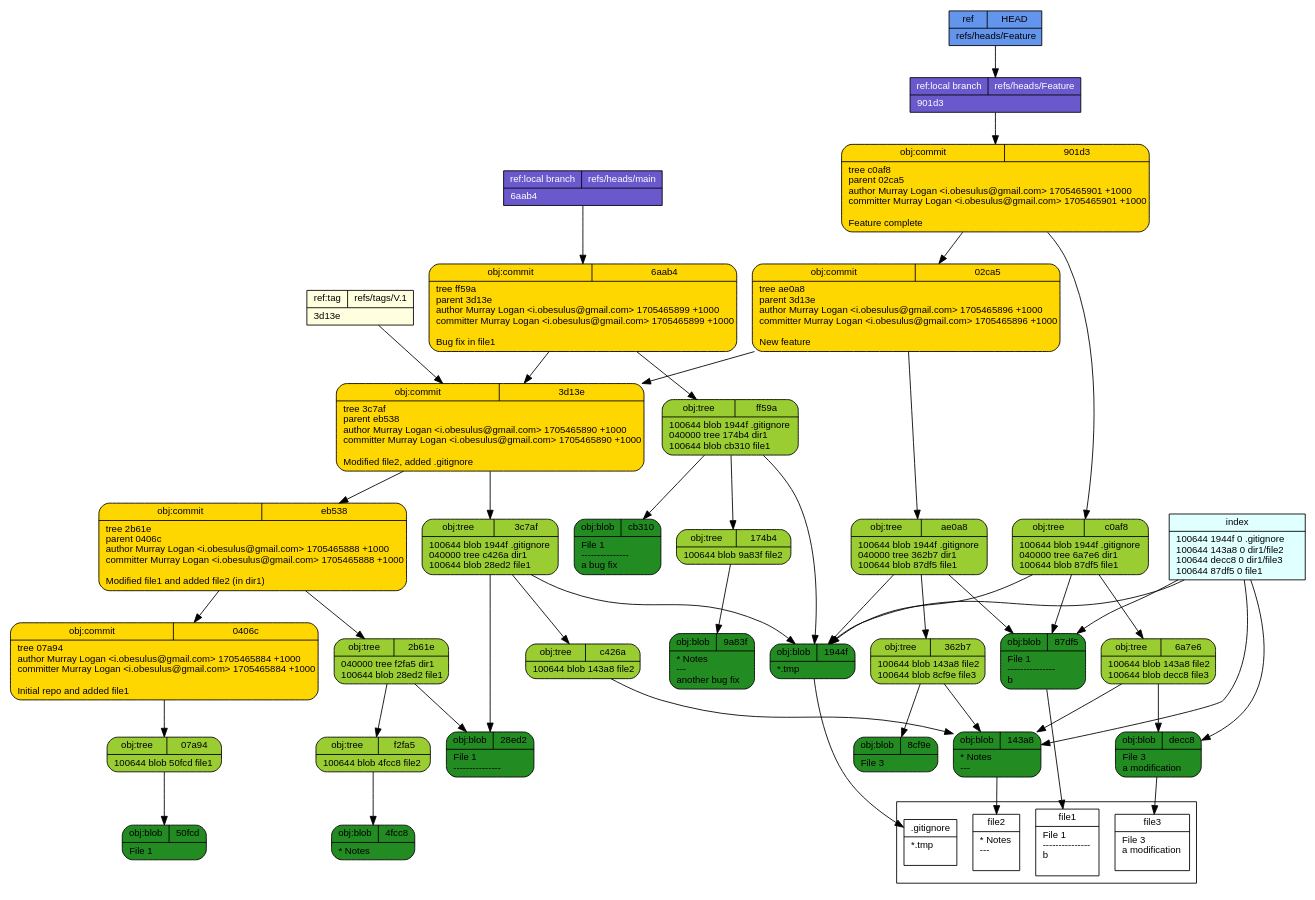
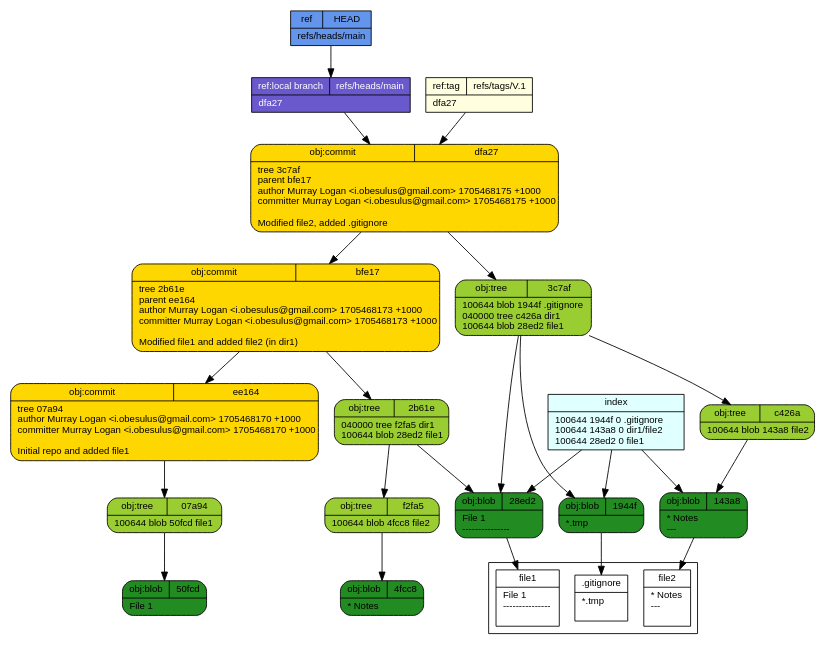
Before and after one commit to ReefCloud/workshops: the diagram in tut/git-draw.dot, drawn with Graphviz. The commit also changed 1 other file, not shown here.

```diff
--- a/tut/git-draw.dot
+++ b/tut/git-draw.dot
@@ -1,59 +1,34 @@
 digraph structs {
   node [shape=record,fontsize=11,fontname="arial"];
   rankdir="TB";
-  _02ca5 [fillcolor="gold", style="filled,rounded", label="{{obj:commit|02ca5}|tree\ ae0a8\lparent\ 3d13e\lauthor\ Murray\ Logan\ \<i\.obesulus\@gmail\.com\>\ 1705465896\ \+1000\lcommitter\ Murray\ Logan\ \<i\.obesulus\@gmail\.com\>\ 1705465896\ \+1000\l\lNew\ feature\l}"]  _02ca5 -> _ae0a8
-  _02ca5 -> _3d13e
-  _c0af8 [fillcolor="yellowgreen", style="filled,rounded", label="{{obj:tree|c0af8}|100644\ blob\ 1944f\	\.gitignore\l040000\ tree\ 6a7e6\	dir1\l100644\ blob\ 87df5\	file1\l}"]  _c0af8 -> _1944f
-  _c0af8 -> _6a7e6
-  _c0af8 -> _87df5
-  _cb310 [fillcolor="forestgreen", style="filled,rounded", label="{{obj:blob|cb310}|File\ 1\l\-\-\-\-\-\-\-\-\-\-\-\-\-\-\-\l\ a\ bug\ fix\l}"]  _901d3 [fillcolor="gold", style="filled,rounded", label="{{obj:commit|901d3}|tree\ c0af8\lparent\ 02ca5\lauthor\ Murray\ Logan\ \<i\.obesulus\@gmail\.com\>\ 1705465901\ \+1000\lcommitter\ Murray\ Logan\ \<i\.obesulus\@gmail\.com\>\ 1705465901\ \+1000\l\lFeature\ complete\l}"]  _901d3 -> _c0af8
-  _901d3 -> _02ca5
-  _ff59a [fillcolor="yellowgreen", style="filled,rounded", label="{{obj:tree|ff59a}|100644\ blob\ 1944f\	\.gitignore\l040000\ tree\ 174b4\	dir1\l100644\ blob\ cb310\	file1\l}"]  _ff59a -> _1944f
-  _ff59a -> _174b4
-  _ff59a -> _cb310
-  _174b4 [fillcolor="yellowgreen", style="filled,rounded", label="{{obj:tree|174b4}|100644\ blob\ 9a83f\	file2\l}"]  _174b4 -> _9a83f
-  _8cf9e [fillcolor="forestgreen", style="filled,rounded", label="{{obj:blob|8cf9e}|File\ 3\l}"]  _ae0a8 [fillcolor="yellowgreen", style="filled,rounded", label="{{obj:tree|ae0a8}|100644\ blob\ 1944f\	\.gitignore\l040000\ tree\ 362b7\	dir1\l100644\ blob\ 87df5\	file1\l}"]  _ae0a8 -> _1944f
-  _ae0a8 -> _362b7
-  _ae0a8 -> _87df5
-  _9a83f [fillcolor="forestgreen", style="filled,rounded", label="{{obj:blob|9a83f}|\*\ Notes\l\-\-\-\l\ another\ bug\ fix\l}"]  _6aab4 [fillcolor="gold", style="filled,rounded", label="{{obj:commit|6aab4}|tree\ ff59a\lparent\ 3d13e\lauthor\ Murray\ Logan\ \<i\.obesulus\@gmail\.com\>\ 1705465899\ \+1000\lcommitter\ Murray\ Logan\ \<i\.obesulus\@gmail\.com\>\ 1705465899\ \+1000\l\lBug\ fix\ in\ file1\l}"]  _6aab4 -> _ff59a
-  _6aab4 -> _3d13e
-  _6a7e6 [fillcolor="yellowgreen", style="filled,rounded", label="{{obj:tree|6a7e6}|100644\ blob\ 143a8\	file2\l100644\ blob\ decc8\	file3\l}"]  _6a7e6 -> _143a8
-  _6a7e6 -> _decc8
-  _362b7 [fillcolor="yellowgreen", style="filled,rounded", label="{{obj:tree|362b7}|100644\ blob\ 143a8\	file2\l100644\ blob\ 8cf9e\	file3\l}"]  _362b7 -> _143a8
-  _362b7 -> _8cf9e
-  _decc8 [fillcolor="forestgreen", style="filled,rounded", label="{{obj:blob|decc8}|File\ 3\l\ a\ modification\l}"]  _87df5 [fillcolor="forestgreen", style="filled,rounded", label="{{obj:blob|87df5}|File\ 1\l\-\-\-\-\-\-\-\-\-\-\-\-\-\-\-\lb\l}"]  _0406c [fillcolor="gold", style="filled,rounded", label="{{obj:commit|0406c}|tree\ 07a94\lauthor\ Murray\ Logan\ \<i\.obesulus\@gmail\.com\>\ 1705465884\ \+1000\lcommitter\ Murray\ Logan\ \<i\.obesulus\@gmail\.com\>\ 1705465884\ \+1000\l\lInitial\ repo\ and\ added\ file1\l}"]  _0406c -> _07a94
   _07a94 [fillcolor="yellowgreen", style="filled,rounded", label="{{obj:tree|07a94}|100644\ blob\ 50fcd\	file1\l}"]  _07a94 -> _50fcd
   _143a8 [fillcolor="forestgreen", style="filled,rounded", label="{{obj:blob|143a8}|\*\ Notes\l\-\-\-\l}"]  _1944f [fillcolor="forestgreen", style="filled,rounded", label="{{obj:blob|1944f}|\*\.tmp\l}"]  _28ed2 [fillcolor="forestgreen", style="filled,rounded", label="{{obj:blob|28ed2}|File\ 1\l\-\-\-\-\-\-\-\-\-\-\-\-\-\-\-\l}"]  _2b61e [fillcolor="yellowgreen", style="filled,rounded", label="{{obj:tree|2b61e}|040000\ tree\ f2fa5\	dir1\l100644\ blob\ 28ed2\	file1\l}"]  _2b61e -> _f2fa5
   _2b61e -> _28ed2
   _3c7af [fillcolor="yellowgreen", style="filled,rounded", label="{{obj:tree|3c7af}|100644\ blob\ 1944f\	\.gitignore\l040000\ tree\ c426a\	dir1\l100644\ blob\ 28ed2\	file1\l}"]  _3c7af -> _1944f
   _3c7af -> _c426a
   _3c7af -> _28ed2
-  _3d13e [fillcolor="gold", style="filled,rounded", label="{{obj:commit|3d13e}|tree\ 3c7af\lparent\ eb538\lauthor\ Murray\ Logan\ \<i\.obesulus\@gmail\.com\>\ 1705465890\ \+1000\lcommitter\ Murray\ Logan\ \<i\.obesulus\@gmail\.com\>\ 1705465890\ \+1000\l\lModified\ file2\,\ added\ \.gitignore\l}"]  _3d13e -> _3c7af
-  _3d13e -> _eb538
-  _4fcc8 [fillcolor="forestgreen", style="filled,rounded", label="{{obj:blob|4fcc8}|\*\ Notes\l}"]  _50fcd [fillcolor="forestgreen", style="filled,rounded", label="{{obj:blob|50fcd}|File\ 1\l}"]  _c426a [fillcolor="yellowgreen", style="filled,rounded", label="{{obj:tree|c426a}|100644\ blob\ 143a8\	file2\l}"]  _c426a -> _143a8
-  _eb538 [fillcolor="gold", style="filled,rounded", label="{{obj:commit|eb538}|tree\ 2b61e\lparent\ 0406c\lauthor\ Murray\ Logan\ \<i\.obesulus\@gmail\.com\>\ 1705465888\ \+1000\lcommitter\ Murray\ Logan\ \<i\.obesulus\@gmail\.com\>\ 1705465888\ \+1000\l\lModified\ file1\ and\ added\ file2\ \(in\ dir1\)\l}"]  _eb538 -> _2b61e
-  _eb538 -> _0406c
+  _4fcc8 [fillcolor="forestgreen", style="filled,rounded", label="{{obj:blob|4fcc8}|\*\ Notes\l}"]  _50fcd [fillcolor="forestgreen", style="filled,rounded", label="{{obj:blob|50fcd}|File\ 1\l}"]  _bfe17 [fillcolor="gold", style="filled,rounded", label="{{obj:commit|bfe17}|tree\ 2b61e\lparent\ ee164\lauthor\ Murray\ Logan\ \<i\.obesulus\@gmail\.com\>\ 1705468173\ \+1000\lcommitter\ Murray\ Logan\ \<i\.obesulus\@gmail\.com\>\ 1705468173\ \+1000\l\lModified\ file1\ and\ added\ file2\ \(in\ dir1\)\l}"]  _bfe17 -> _2b61e
+  _bfe17 -> _ee164
+  _c426a [fillcolor="yellowgreen", style="filled,rounded", label="{{obj:tree|c426a}|100644\ blob\ 143a8\	file2\l}"]  _c426a -> _143a8
+  _dfa27 [fillcolor="gold", style="filled,rounded", label="{{obj:commit|dfa27}|tree\ 3c7af\lparent\ bfe17\lauthor\ Murray\ Logan\ \<i\.obesulus\@gmail\.com\>\ 1705468175\ \+1000\lcommitter\ Murray\ Logan\ \<i\.obesulus\@gmail\.com\>\ 1705468175\ \+1000\l\lModified\ file2\,\ added\ \.gitignore\l}"]  _dfa27 -> _3c7af
+  _dfa27 -> _bfe17
+  _ee164 [fillcolor="gold", style="filled,rounded", label="{{obj:commit|ee164}|tree\ 07a94\lauthor\ Murray\ Logan\ \<i\.obesulus\@gmail\.com\>\ 1705468170\ \+1000\lcommitter\ Murray\ Logan\ \<i\.obesulus\@gmail\.com\>\ 1705468170\ \+1000\l\lInitial\ repo\ and\ added\ file1\l}"]  _ee164 -> _07a94
   _f2fa5 [fillcolor="yellowgreen", style="filled,rounded", label="{{obj:tree|f2fa5}|100644\ blob\ 4fcc8\	file2\l}"]  _f2fa5 -> _4fcc8
-  _refs___heads___Feature [style=filled, fillcolor=slateblue3, fontcolor = white,  label="{{ref:local branch|refs\/heads\/Feature}|901d3\l}"]
-  _refs___heads___Feature -> _901d3
-  _refs___heads___main [style=filled, fillcolor=slateblue3, fontcolor = white,  label="{{ref:local branch|refs\/heads\/main}|6aab4\l}"]
-  _refs___heads___main -> _6aab4
-  _refs___tags___V___1 [style=filled, fillcolor=lightyellow, fontcolor = black,  label="{{ref:tag|refs\/tags\/V\.1}|3d13e\l}"]
-  _refs___tags___V___1 -> _3d13e
-  _HEAD [style=filled, fillcolor=cornflowerblue, fontcolor=black,  label="{{ref|HEAD}|refs\/heads\/Feature\l}"]
-  _HEAD -> _refs___heads___Feature
+  _refs___heads___main [style=filled, fillcolor=slateblue3, fontcolor = white,  label="{{ref:local branch|refs\/heads\/main}|dfa27\l}"]
+  _refs___heads___main -> _dfa27
+  _refs___tags___V___1 [style=filled, fillcolor=lightyellow, fontcolor = black,  label="{{ref:tag|refs\/tags\/V\.1}|dfa27\l}"]
+  _refs___tags___V___1 -> _dfa27
+  _HEAD [style=filled, fillcolor=cornflowerblue, fontcolor=black,  label="{{ref|HEAD}|refs\/heads\/main\l}"]
+  _HEAD -> _refs___heads___main
   index -> _1944f
   index -> _143a8
-  index -> _decc8
-  index -> _87df5
-  index [style=filled, fillcolor=lightcyan, label="{{index}|100644\ 1944f\ 0\	\.gitignore\l100644\ 143a8\ 0\	dir1\/file2\l100644\ decc8\ 0\	dir1\/file3\l100644\ 87df5\ 0\	file1\l}"]
+  index -> _28ed2
+  index [style=filled, fillcolor=lightcyan, label="{{index}|100644\ 1944f\ 0\	\.gitignore\l100644\ 143a8\ 0\	dir1\/file2\l100644\ 28ed2\ 0\	file1\l}"]
 subgraph cluster_1 {rank=sink  _gitignore [fillcolor="white", label="{{.gitignore}|*.tmp\l\l}"] 
   _file2 [fillcolor="white", label="{{file2}|* Notes\l---\l\l}"] 
-  _file3 [fillcolor="white", label="{{file3}|File 3\l a modification\l\l}"] 
-  _file1 [fillcolor="white", label="{{file1}|File 1\l---------------\lb\l\l}"] 
+  _file1 [fillcolor="white", label="{{file1}|File 1\l---------------\l\l}"] 
 }
  _1944f -> _gitignore
  _143a8 -> _file2
- _decc8 -> _file3
- _87df5 -> _file1
+ _28ed2 -> _file1
 }
```
